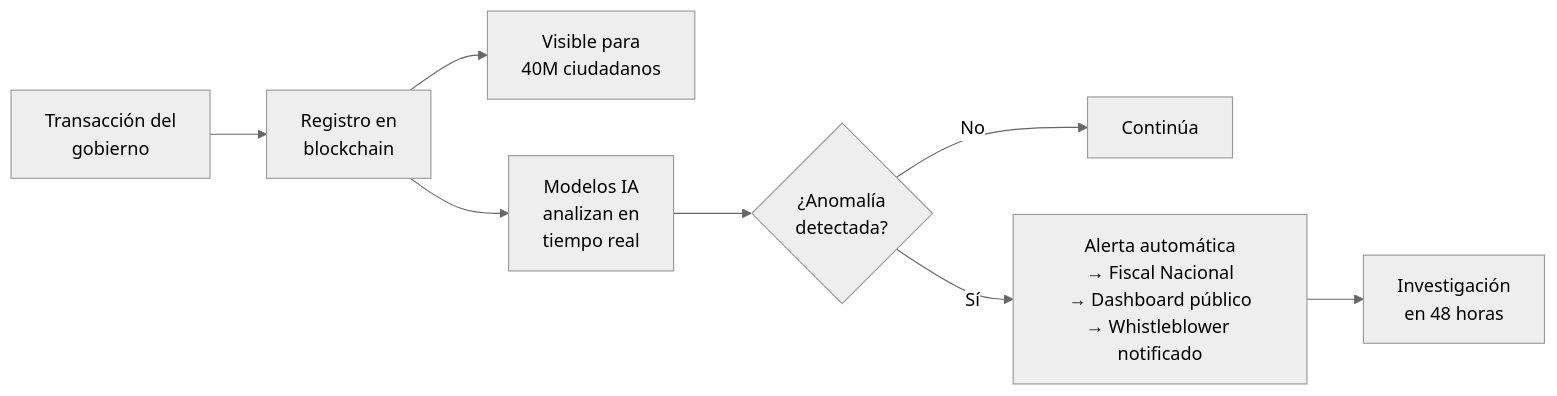
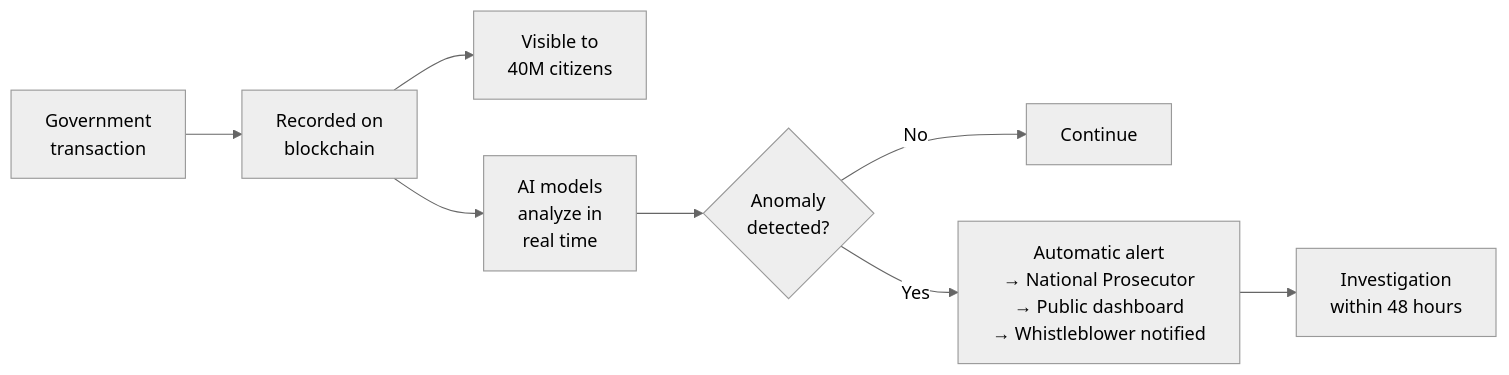
The diagram in i18n/en/docusaurus-plugin-content-docs/current/06-realidad/estado-digital.md (Venezuela-S-A/venezuela-sa), drawn with Mermaid (neutral theme) before and after one commit. The commit also changed 127 other files, not shown here.

````diff
--- a/i18n/en/docusaurus-plugin-content-docs/current/06-realidad/estado-digital.md
+++ b/i18n/en/docusaurus-plugin-content-docs/current/06-realidad/estado-digital.md
@@ -54,10 +54,10 @@
 ```mermaid
 flowchart LR
-    A["Transacción del<br/>gobierno"] --> B["Registro en<br/>blockchain"]
-    B --> C["Visible para<br/>40M ciudadanos"]
-    B --> D["Modelos IA<br/>analizan en<br/>tiempo real"]
-    D --> E{"¿Anomalía<br/>detectada?"}
-    E -->|"No"| F["Continúa"]
-    E -->|"Sí"| G["Alerta automática<br/>→ Fiscal Nacional<br/>→ Dashboard público<br/>→ Whistleblower notificado"]
-    G --> H["Investigación<br/>en 48 horas"]
+    A["Government<br/>transaction"] --> B["Recorded on<br/>blockchain"]
+    B --> C["Visible to<br/>40M citizens"]
+    B --> D["AI models<br/>analyze in<br/>real time"]
+    D --> E{"Anomaly<br/>detected?"}
+    E -->|"No"| F["Continue"]
+    E -->|"Yes"| G["Automatic alert<br/>→ National Prosecutor<br/>→ Public dashboard<br/>→ Whistleblower notified"]
+    G --> H["Investigation<br/>within 48 hours"]
 ```
````
